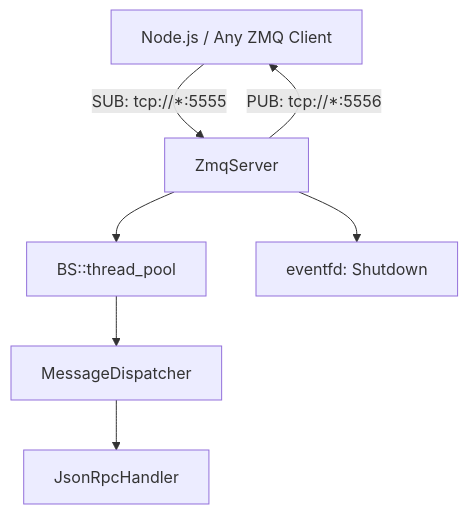
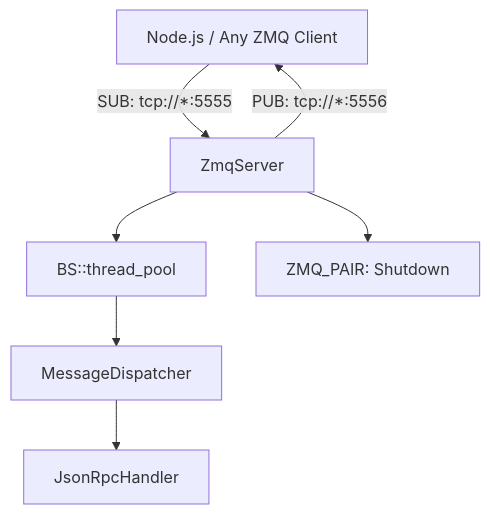
Before and after one commit to KrishnaPG/zmq-task-dispatcher: the diagram in README.md, drawn with Mermaid. The commit also changed other lines of this file and 2 other files, not shown here.

````diff
--- a/README.md
+++ b/README.md
@@ -9,9 +9,9 @@
 ```mermaid
 graph TD
     A[Node.js / Any ZMQ Client] -->|SUB: tcp://*:5555| B[ZmqServer]
     B -->|PUB: tcp://*:5556| A
     B --> C[BS::thread_pool]
     C --> D[MessageDispatcher]
     D --> E[JsonRpcHandler]
-    B --> F[eventfd: Shutdown]
+    B --> F[ZMQ_PAIR: Shutdown]
 ```
````
